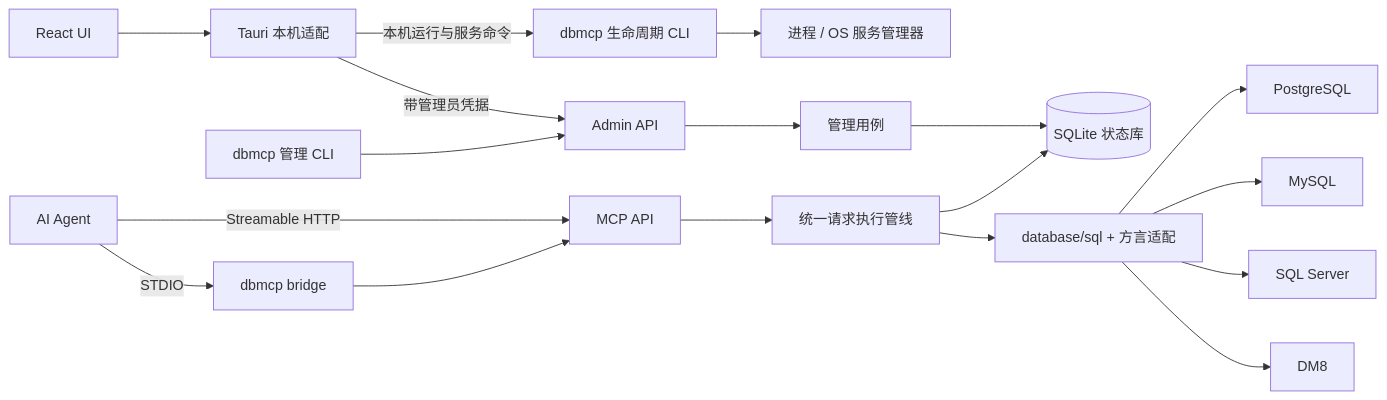
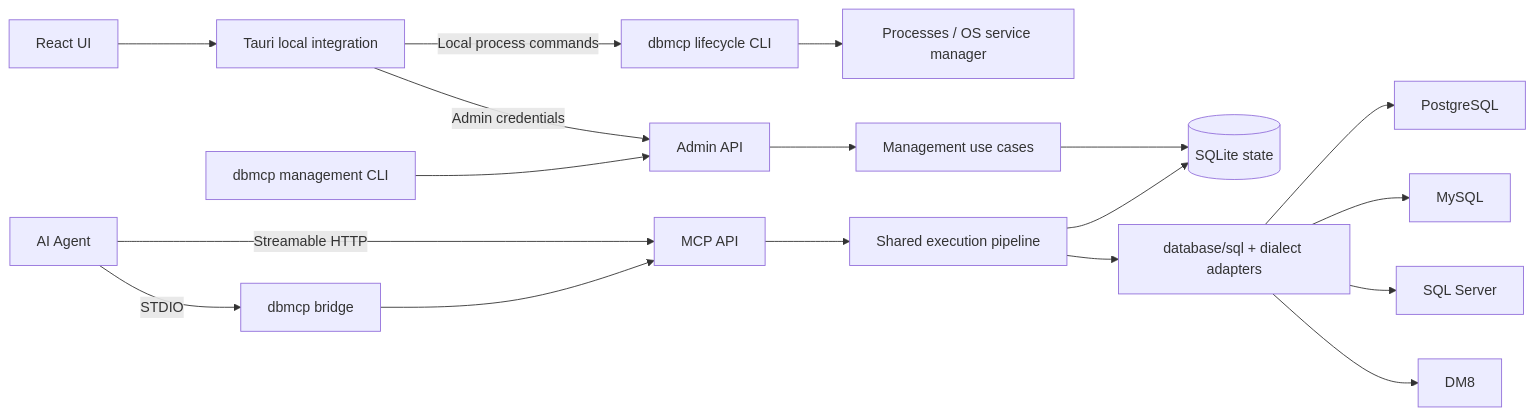
Before and after one commit to favefan/db-mcp-tools: the diagram in docs/architecture.md, drawn with Mermaid. The commit also changed other lines of this file and 17 other files, not shown here.

````diff
--- a/docs/architecture.md
+++ b/docs/architecture.md
@@ -7,20 +7,20 @@
 ```mermaid
 flowchart LR
     Agent[AI Agent] -->|STDIO| Bridge[dbmcp bridge]
     Agent -->|Streamable HTTP| MCP[MCP API]
     Bridge --> MCP
-    UI[React UI] --> Shell[Tauri 本机适配]
-    Shell -->|带管理员凭据| Admin[Admin API]
-    CLI[dbmcp 管理 CLI] --> Admin
-    Shell -->|本机运行与服务命令| Life[dbmcp 生命周期 CLI]
-    Life --> OS[进程 / OS 服务管理器]
-    MCP --> Pipeline[统一请求执行管线]
-    Admin --> App[管理用例]
-    App --> State[(SQLite 状态库)]
+    UI[React UI] --> Shell[Tauri local integration]
+    Shell -->|Admin credentials| Admin[Admin API]
+    CLI[dbmcp management CLI] --> Admin
+    Shell -->|Local process commands| Life[dbmcp lifecycle CLI]
+    Life --> OS[Processes / OS service manager]
+    MCP --> Pipeline[Shared execution pipeline]
+    Admin --> App[Management use cases]
+    App --> State[(SQLite state)]
     Pipeline --> State
-    Pipeline --> Drivers[database/sql + 方言适配]
+    Pipeline --> Drivers[database/sql + dialect adapters]
     Drivers --> PG[PostgreSQL]
     Drivers --> MY[MySQL]
     Drivers --> MS[SQL Server]
     Drivers --> DM[DM8]
 ```
````
